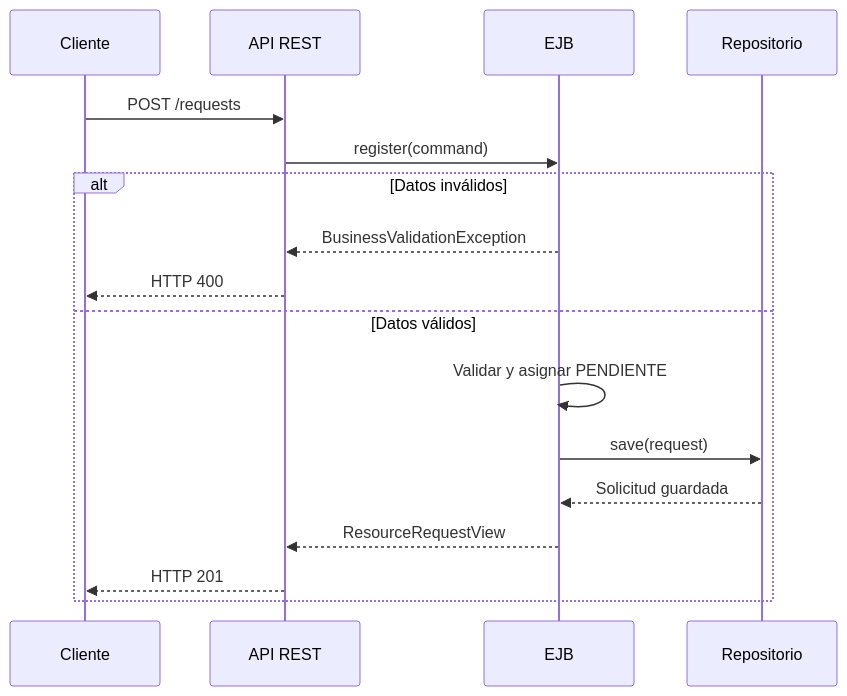
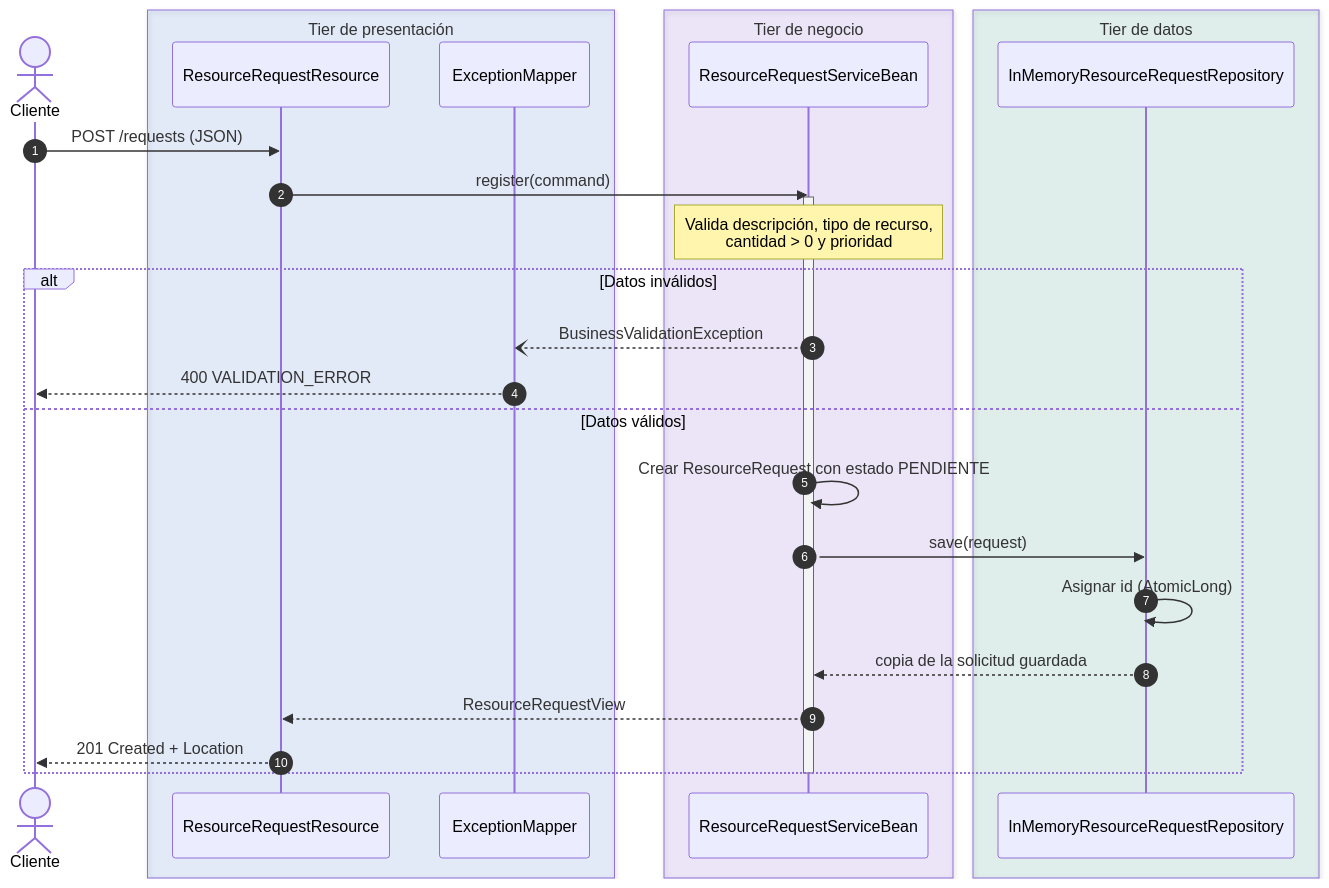
Before and after one commit to andreMD287/JEE-Negocio: the third of 9 diagrams in docs/arquitectura.md, drawn with Mermaid. The commit also changed other lines of this file and 1 other file, not shown here.

First line of the commit message:
Documentación: diagramas rediseñados y redacción formal

````diff
--- a/docs/arquitectura.md
+++ b/docs/arquitectura.md
@@ -216,21 +235,33 @@
 ```mermaid
 sequenceDiagram
-    participant C as Cliente
-    participant A as API REST
-    participant E as EJB
-    participant R as Repositorio
+    autonumber
+    actor C as Cliente
+    box rgba(37,99,235,0.10) Tier de presentación
+        participant API as ResourceRequestResource
+        participant MAP as ExceptionMapper
+    end
+    box rgba(124,58,237,0.10) Tier de negocio
+        participant EJB as ResourceRequestServiceBean
+    end
+    box rgba(5,150,105,0.10) Tier de datos
+        participant REP as InMemoryResourceRequestRepository
+    end
 
-    C->>A: POST /requests
-    A->>E: register(command)
+    C->>API: POST /requests (JSON)
+    API->>EJB: register(command)
+    activate EJB
+    Note over EJB: Valida descripción, tipo de recurso,<br/>cantidad > 0 y prioridad
 
     alt Datos inválidos
-        E-->>A: BusinessValidationException
-        A-->>C: HTTP 400
+        EJB--)MAP: BusinessValidationException
+        MAP-->>C: 400 VALIDATION_ERROR
     else Datos válidos
-        E->>E: Validar y asignar PENDIENTE
-        E->>R: save(request)
-        R-->>E: Solicitud guardada
-        E-->>A: ResourceRequestView
-        A-->>C: HTTP 201
+        EJB->>EJB: Crear ResourceRequest con estado PENDIENTE
+        EJB->>REP: save(request)
+        REP->>REP: Asignar id (AtomicLong)
+        REP-->>EJB: copia de la solicitud guardada
+        EJB-->>API: ResourceRequestView
+        API-->>C: 201 Created + Location
     end
+    deactivate EJB
 ```
````
